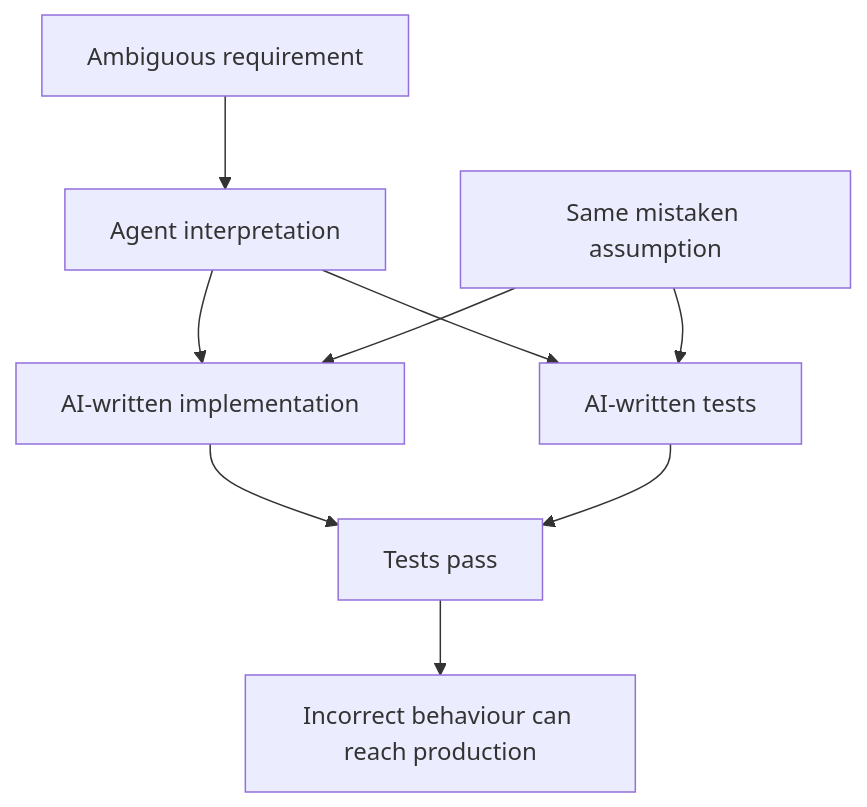
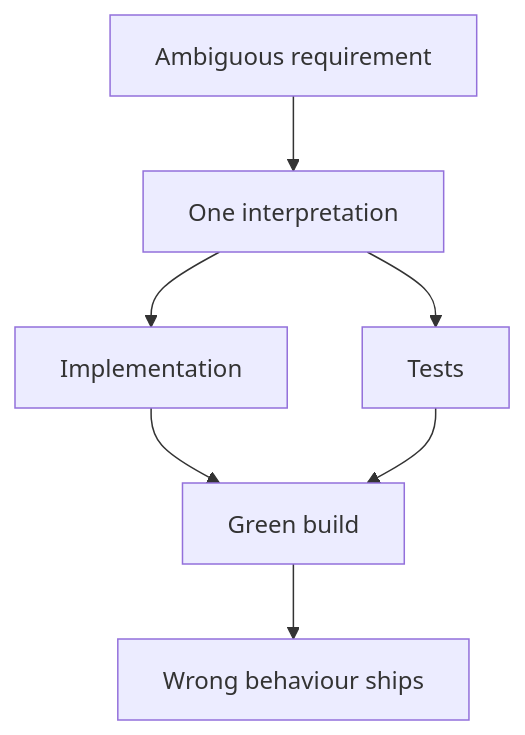
One commit to wynlo/wynlo.github.io changed the diagram in content/articles/why-regression-testing-matters-more-in-ai-driven-development.md. Above: the diagram before and after it, drawn with Mermaid. The commit also changed other lines of this file and 2 other files, not shown here.

````diff
--- a/content/articles/why-regression-testing-matters-more-in-ai-driven-development.md
+++ b/content/articles/why-regression-testing-matters-more-in-ai-driven-development.md
@@ -29,11 +21,9 @@
 ```mermaid
 flowchart TD
-  Requirement[Ambiguous requirement] --> Interpretation[Agent interpretation]
-  Interpretation --> Code[AI-written implementation]
-  Interpretation --> Tests[AI-written tests]
-  Assumption[Same mistaken assumption] --> Code
-  Assumption --> Tests
-  Code --> Green[Tests pass]
+  Requirement[Ambiguous requirement] --> Interpretation[One interpretation]
+  Interpretation --> Code[Implementation]
+  Interpretation --> Tests[Tests]
+  Code --> Green[Green build]
   Tests --> Green
-  Green --> Defect[Incorrect behaviour can reach production]
+  Green --> Defect[Wrong behaviour ships]
 ```
````
